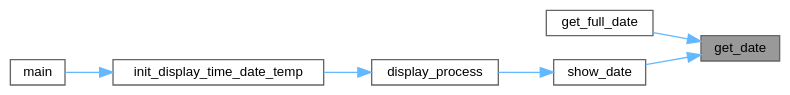
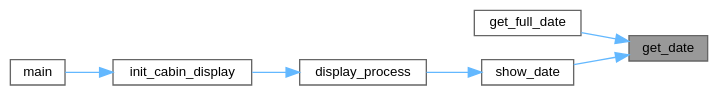
Before and after one commit to Ghaadyy/elevator-controller: the diagram in dev/ds1307_8c_a8caf51269a00dcd8d51c4f0118543abf_icgraph.dot, drawn with Graphviz. The commit also changed 83 other files, not shown here.

```diff
--- a/dev/ds1307_8c_a8caf51269a00dcd8d51c4f0118543abf_icgraph.dot
+++ b/dev/ds1307_8c_a8caf51269a00dcd8d51c4f0118543abf_icgraph.dot
@@ -1,19 +1,19 @@
 digraph "get_date"
 {
  // LATEX_PDF_SIZE
   bgcolor="transparent";
   edge [fontname=Helvetica,fontsize=10,labelfontname=Helvetica,labelfontsize=10];
   node [fontname=Helvetica,fontsize=10,shape=box,height=0.2,width=0.4];
   rankdir="RL";
   Node1 [id="Node000001",label="get_date",height=0.2,width=0.4,color="gray40", fillcolor="grey60", style="filled", fontcolor="black",tooltip="Get the date in BCD format."];
   Node1 -> Node2 [id="edge1_Node000001_Node000002",dir="back",color="steelblue1",style="solid",tooltip=" "];
   Node2 [id="Node000002",label="get_full_date",height=0.2,width=0.4,color="grey40", fillcolor="white", style="filled",URL="$ds1307_8c.html#a9cbcbb331fb92c6c7ed9b202b2290bff",tooltip="Get the date in BCD format."];
   Node1 -> Node3 [id="edge2_Node000001_Node000003",dir="back",color="steelblue1",style="solid",tooltip=" "];
-  Node3 [id="Node000003",label="show_date",height=0.2,width=0.4,color="grey40", fillcolor="white", style="filled",URL="$display__time__date__temp_8c.html#ac509fb687538ef74425d0afa4758e349",tooltip="Display the current date in (DD MM) format."];
+  Node3 [id="Node000003",label="show_date",height=0.2,width=0.4,color="grey40", fillcolor="white", style="filled",URL="$cabin__display_8c.html#ac509fb687538ef74425d0afa4758e349",tooltip="Display the current date in (DD MM) format."];
   Node3 -> Node4 [id="edge3_Node000003_Node000004",dir="back",color="steelblue1",style="solid",tooltip=" "];
-  Node4 [id="Node000004",label="display_process",height=0.2,width=0.4,color="grey40", fillcolor="white", style="filled",URL="$display__time__date__temp_8c.html#a623676cea54e765bc09b0150f9f11ee3",tooltip="Task that cycles through and displays time, date, and temperature."];
+  Node4 [id="Node000004",label="display_process",height=0.2,width=0.4,color="grey40", fillcolor="white", style="filled",URL="$cabin__display_8c.html#a623676cea54e765bc09b0150f9f11ee3",tooltip="Task that cycles through and displays time, date, and temperature."];
   Node4 -> Node5 [id="edge4_Node000004_Node000005",dir="back",color="steelblue1",style="solid",tooltip=" "];
-  Node5 [id="Node000005",label="init_display_time_date_temp",height=0.2,width=0.4,color="grey40", fillcolor="white", style="filled",URL="$display__time__date__temp_8c.html#a08d88c70d567692f6f4900a3842eda5a",tooltip="Initialize and start the task."];
+  Node5 [id="Node000005",label="init_cabin_display",height=0.2,width=0.4,color="grey40", fillcolor="white", style="filled",URL="$cabin__display_8c.html#aac8ba457dfa063e7eada179b4842ae39",tooltip="Initialize and start the task."];
   Node5 -> Node6 [id="edge5_Node000005_Node000006",dir="back",color="steelblue1",style="solid",tooltip=" "];
   Node6 [id="Node000006",label="main",height=0.2,width=0.4,color="grey40", fillcolor="white", style="filled",URL="$main_8c.html#acdef7a1fd863a6d3770c1268cb06add3",tooltip=" "];
 }
```
